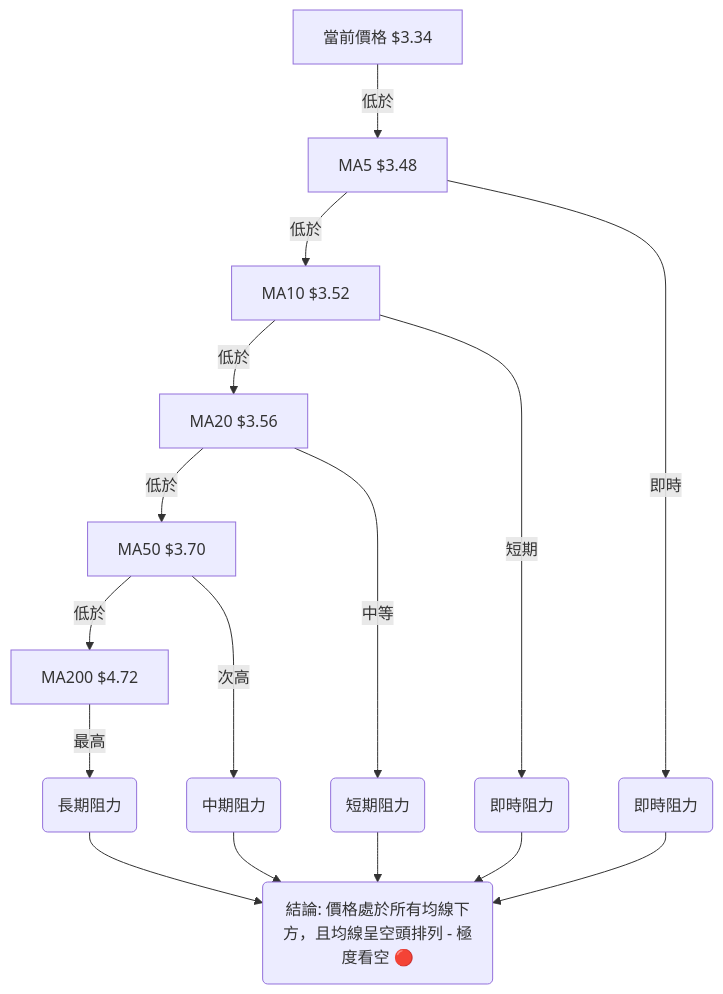
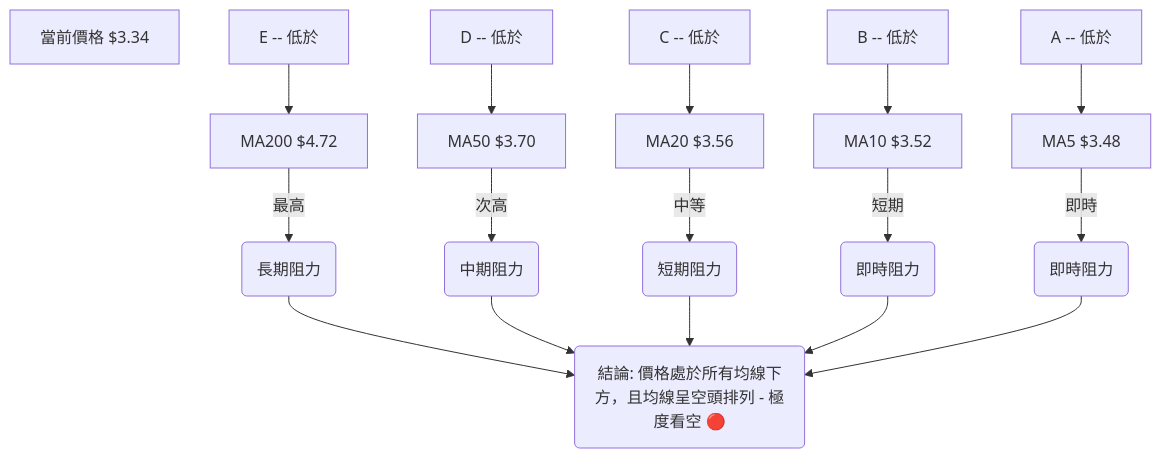
The sixth of 6 diagrams in ai_gen_report/stock/grab/technical_analysis_2026-06-05_gemini.md (yennanliu/finance_data), drawn with Mermaid before and after one commit. The commit also changed other lines of this file and 2258 other files, not shown here.

First line of the commit message:
chore: backfill Mermaid syntax repair across existing reports

````diff
--- a/ai_gen_report/stock/grab/technical_analysis_2026-06-05_gemini.md
+++ b/ai_gen_report/stock/grab/technical_analysis_2026-06-05_gemini.md
@@ -455,23 +455,23 @@
 ```mermaid
 graph TD
-    A[當前價格 $3.34]
-    B[MA5 $3.48]
-    C[MA10 $3.52]
-    D[MA20 $3.56]
-    E[MA50 $3.70]
-    F[MA200 $4.72]
+    A["當前價格 $3.34"]
+    B["MA5 $3.48"]
+    C["MA10 $3.52"]
+    D["MA20 $3.56"]
+    E["MA50 $3.70"]
+    F["MA200 $4.72"]
 
-    A -- 低於 --> B
-    B -- 低於 --> C
-    C -- 低於 --> D
-    D -- 低於 --> E
-    E -- 低於 --> F
+    nb1["A -- 低於"] --> B
+    nb2["B -- 低於"] --> C
+    nb3["C -- 低於"] --> D
+    nb4["D -- 低於"] --> E
+    nb5["E -- 低於"] --> F
 
-    F -->|最高| G(長期阻力)
-    E -->|次高| H(中期阻力)
-    D -->|中等| I(短期阻力)
-    C -->|短期| J(即時阻力)
-    B -->|即時| K(即時阻力)
+    F -->|"最高"| G("長期阻力")
+    E -->|"次高"| H("中期阻力")
+    D -->|"中等"| I("短期阻力")
+    C -->|"短期"| J("即時阻力")
+    B -->|"即時"| K("即時阻力")
 
-    G & H & I & J & K --> L(結論: 價格處於所有均線下方，且均線呈空頭排列 - 極度看空 🔴)
+    G & H & I & J & K --> L("結論: 價格處於所有均線下方，且均線呈空頭排列 - 極度看空 🔴")
 ```
````
